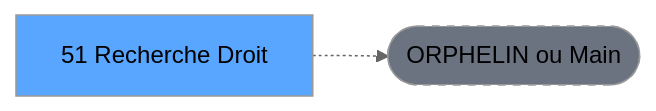
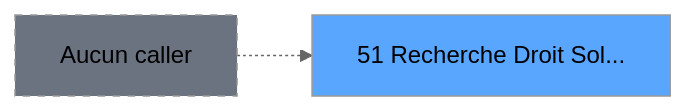
One commit to thonyAGP/magic-migration changed the second of 3 diagrams in .openspec/specs/ADH-IDE-51.md. Above: the diagram before and after it, drawn with Mermaid (neutral theme). The commit also changed other lines of this file and 311 other files, not shown here.

````diff
--- a/.openspec/specs/ADH-IDE-51.md
+++ b/.openspec/specs/ADH-IDE-51.md
@@ -121,8 +143,8 @@
 ```mermaid
 graph LR
-    T[51 Recherche Droit]
-    ORPHAN([ORPHELIN ou Main])
-    T -.-> ORPHAN
-    style T fill:#58a6ff,color:#000
-    style ORPHAN fill:#6b7280,stroke-dasharray: 5 5
+    T51[51 Recherche Droit Sol...]
+    style T51 fill:#58a6ff
+    NONE[Aucun caller]
+    NONE -.-> T51
+    style NONE fill:#6b7280,stroke-dasharray: 5 5
 ```
````
